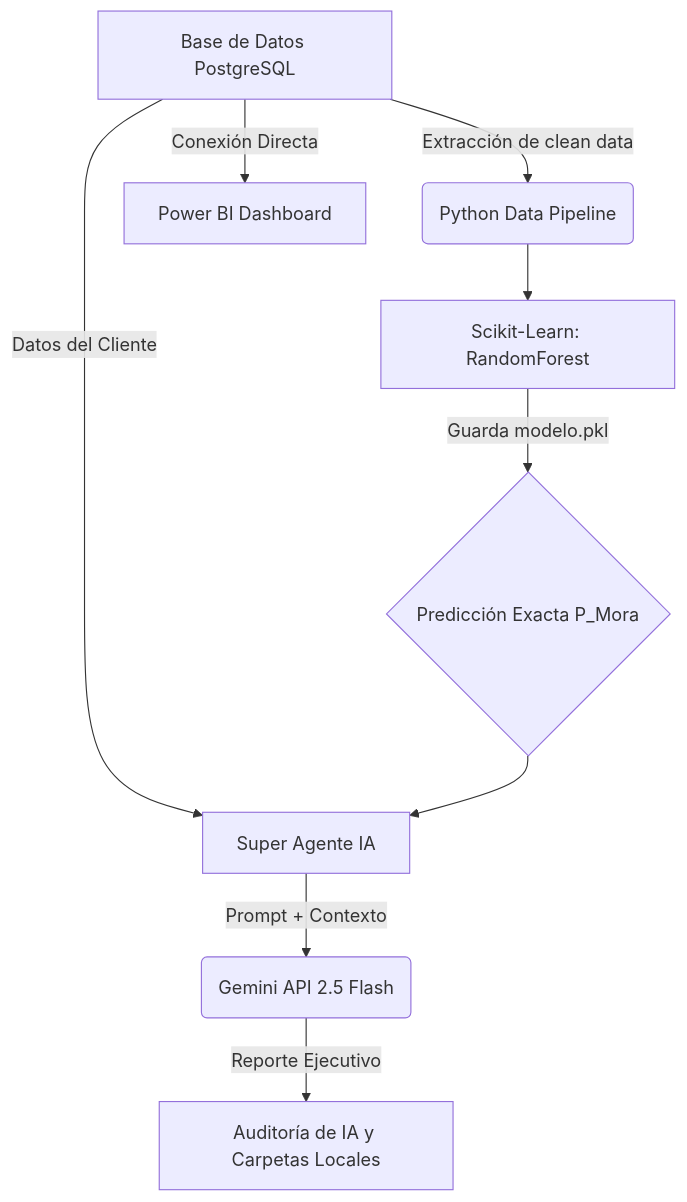
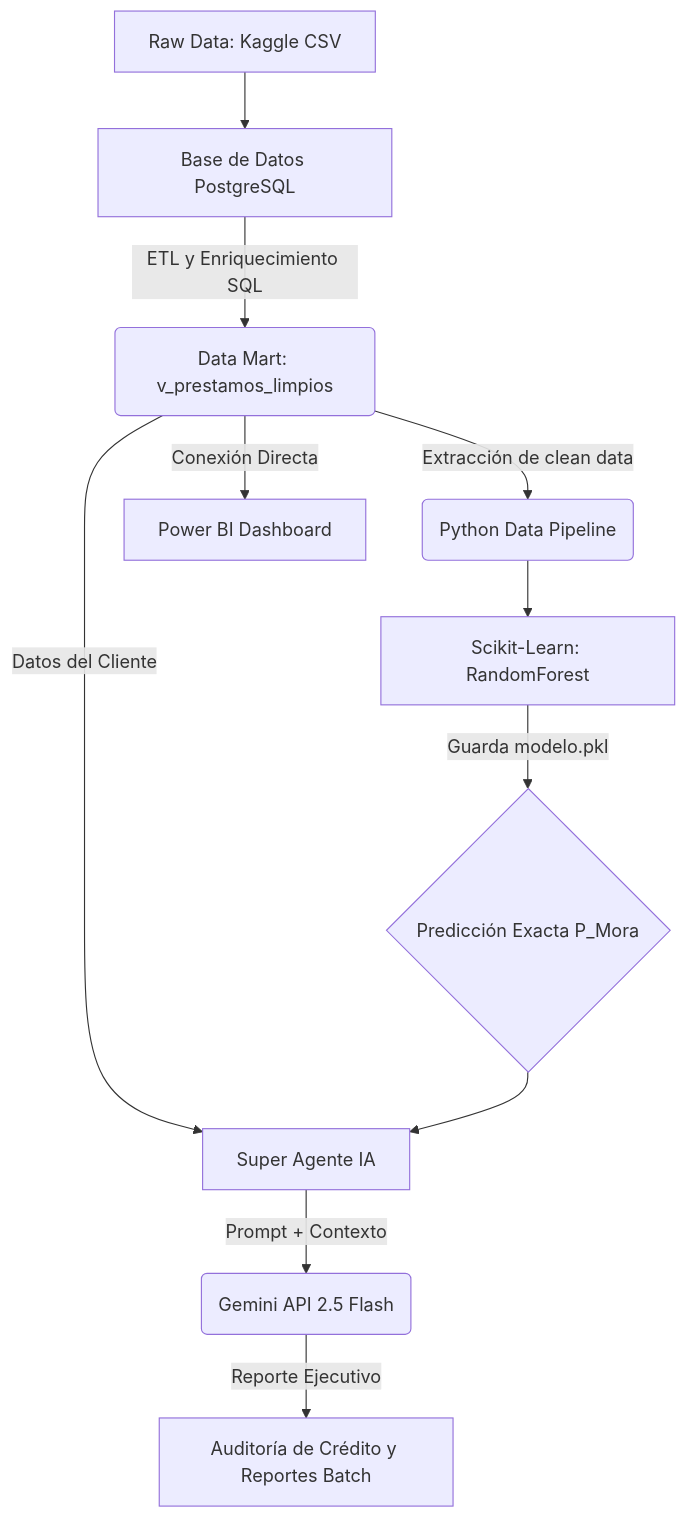
One commit to Cruz227/Analisis-De-riesgo-crediticio- changed the diagram in README.md. Above: the diagram before and after it, drawn with Mermaid. The commit also changed other lines of this file and 1 other file, not shown here.

Commit message:
docs: Agrega script de Data Engineering SQL, ETL y origen del dataset en Kaggle.

````diff
--- a/README.md
+++ b/README.md
@@ -7,11 +9,13 @@
 ```mermaid
 graph TD;
-    A[Base de Datos PostgreSQL] -->|Extracción de clean data| B(Python Data Pipeline);
-    B --> C[Scikit-Learn: RandomForest];
-    C -->|Guarda modelo.pkl| D{Predicción Exacta P_Mora};
-    A -->|Datos del Cliente| E[Super Agente IA];
-    D --> E;
-    E -->|Prompt + Contexto| F(Gemini API 2.5 Flash);
-    F -->|Reporte Ejecutivo| G[Auditoría de IA y Carpetas Locales];
-    A -->|Conexión Directa| H[Power BI Dashboard];
+    Z[Raw Data: Kaggle CSV] --> A[Base de Datos PostgreSQL];
+    A -->|ETL y Enriquecimiento SQL| B(Data Mart: v_prestamos_limpios);
+    B -->|Extracción de clean data| C(Python Data Pipeline);
+    C --> D[Scikit-Learn: RandomForest];
+    D -->|Guarda modelo.pkl| E{Predicción Exacta P_Mora};
+    B -->|Datos del Cliente| F[Super Agente IA];
+    E --> F;
+    F -->|Prompt + Contexto| G(Gemini API 2.5 Flash);
+    G -->|Reporte Ejecutivo| H[Auditoría de Crédito y Reportes Batch];
+    B -->|Conexión Directa| I[Power BI Dashboard];
 ```
````
